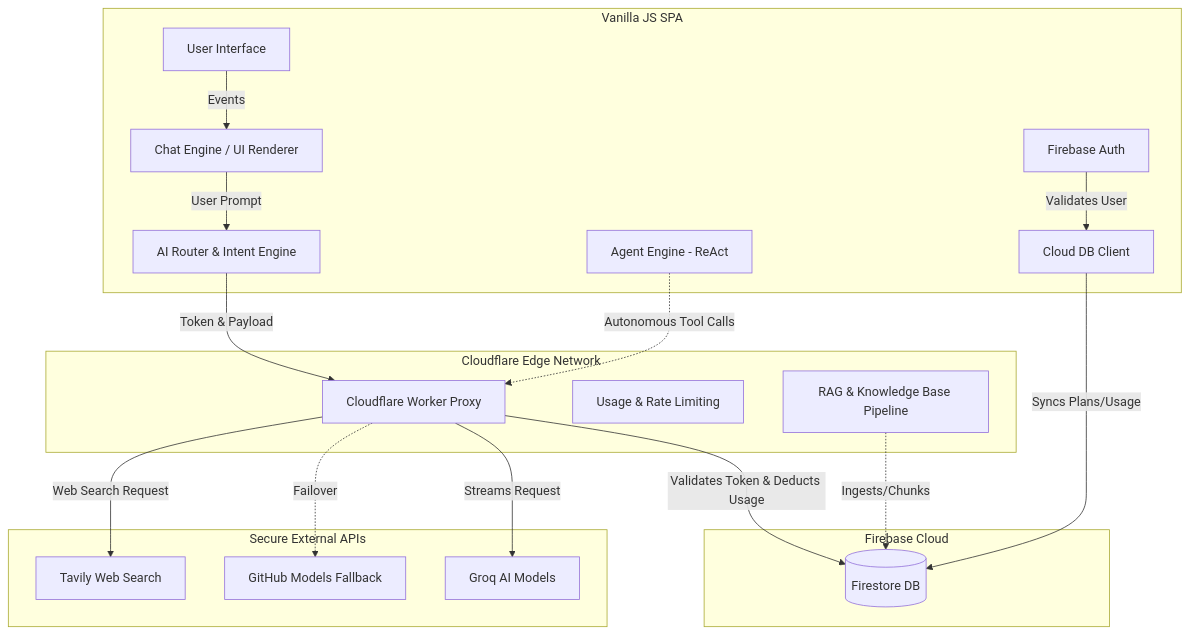
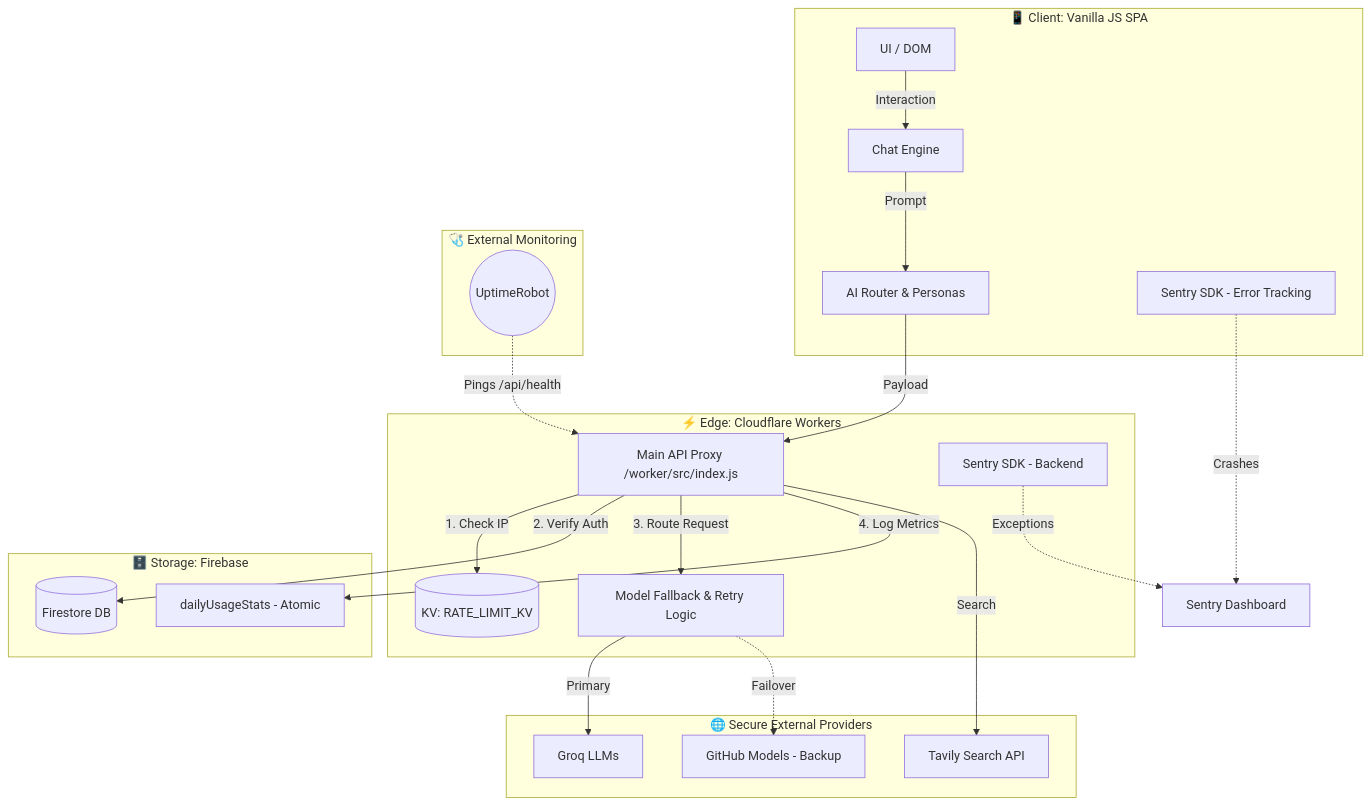
One commit to S2zxx0zxx/Toolshub changed the diagram in README.md. Above: the diagram before and after it, drawn with Mermaid. The commit also changed other lines of this file, not shown here.

Commit message:
docs: Update README with Phase 1-5 production hardening architecture

````diff
--- a/README.md
+++ b/README.md
@@ -27,40 +27,54 @@
 ```mermaid
 graph TD
-    subgraph Frontend [Vanilla JS SPA]
-        UI[User Interface]
-        ChatEngine[Chat Engine / UI Renderer]
-        AIRouter[AI Router & Intent Engine]
-        AgentEngine[Agent Engine - ReAct]
-        CloudDB_Client[Cloud DB Client]
-        Auth_Client[Firebase Auth]
+    %% FRONTEND LAYER
+    subgraph Frontend [📱 Client: Vanilla JS SPA]
+        UI[UI / DOM]
+        ChatEngine[Chat Engine]
+        AIRouter[AI Router & Personas]
+        SentryFE[Sentry SDK - Error Tracking]
     end
 
-    subgraph Edge_Network [Cloudflare Edge Network]
-        Worker[Cloudflare Worker Proxy]
-        RateLimiter[Usage & Rate Limiting]
-        Worker_RAG[RAG & Knowledge Base Pipeline]
+    %% EDGE LAYER
+    subgraph Edge_Network [⚡ Edge: Cloudflare Workers]
+        Worker[Main API Proxy /worker/src/index.js]
+        RateLimiter[(KV: RATE_LIMIT_KV)]
+        FallbackEngine[Model Fallback & Retry Logic]
+        SentryBE[Sentry SDK - Backend]
     end
 
-    subgraph External_Services [Secure External APIs]
-        Groq[Groq AI Models]
-        GithubModels[GitHub Models Fallback]
-        Tavily[Tavily Web Search]
+    %% EXTERNAL APIS
+    subgraph External_APIs [🌐 Secure External Providers]
+        Groq[Groq LLMs]
+        GithubModels[GitHub Models - Backup]
+        Tavily[Tavily Search API]
     end
 
-    subgraph Database [Firebase Cloud]
+    %% DATABASE LAYER
+    subgraph Database [🗄️ Storage: Firebase]
         Firestore[(Firestore DB)]
+        UsageStats[dailyUsageStats - Atomic]
     end
 
-    UI -->|Events| ChatEngine
-    ChatEngine -->|User Prompt| AIRouter
-    AIRouter -->|Token & Payload| Worker
-    AgentEngine -.->|Autonomous Tool Calls| Worker
-    Auth_Client -->|Validates User| CloudDB_Client
-    CloudDB_Client -->|Syncs Plans/Usage| Firestore
+    %% INFRASTRUCTURE MONITORING
+    subgraph Monitoring [🩺 External Monitoring]
+        UptimeRobot((UptimeRobot))
+    end
 
-    Worker -->|Validates Token & Deducts Usage| Firestore
-    Worker -->|Streams Request| Groq
-    Worker -.->|Failover| GithubModels
-    Worker -->|Web Search Request| Tavily
-    Worker_RAG -.->|Ingests/Chunks| Firestore
+    %% FLOWS
+    UI -->|Interaction| ChatEngine
+    ChatEngine -->|Prompt| AIRouter
+    AIRouter -->|Payload| Worker
+    SentryFE -.->|Crashes| Sentry[Sentry Dashboard]
+    
+    Worker -->|1. Check IP| RateLimiter
+    Worker -->|2. Verify Auth| Firestore
+    Worker -->|3. Route Request| FallbackEngine
+    Worker -->|4. Log Metrics| UsageStats
+    SentryBE -.->|Exceptions| Sentry
+    
+    FallbackEngine -->|Primary| Groq
+    FallbackEngine -.->|Failover| GithubModels
+    Worker -->|Search| Tavily
+    
+    UptimeRobot -.->|Pings /api/health| Worker
 ```
````
